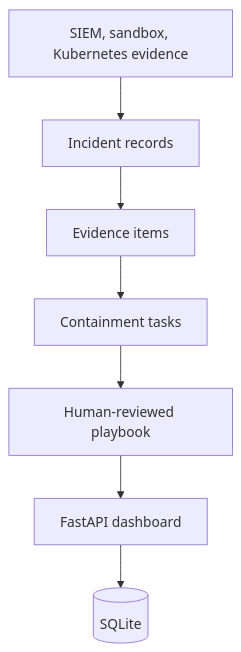
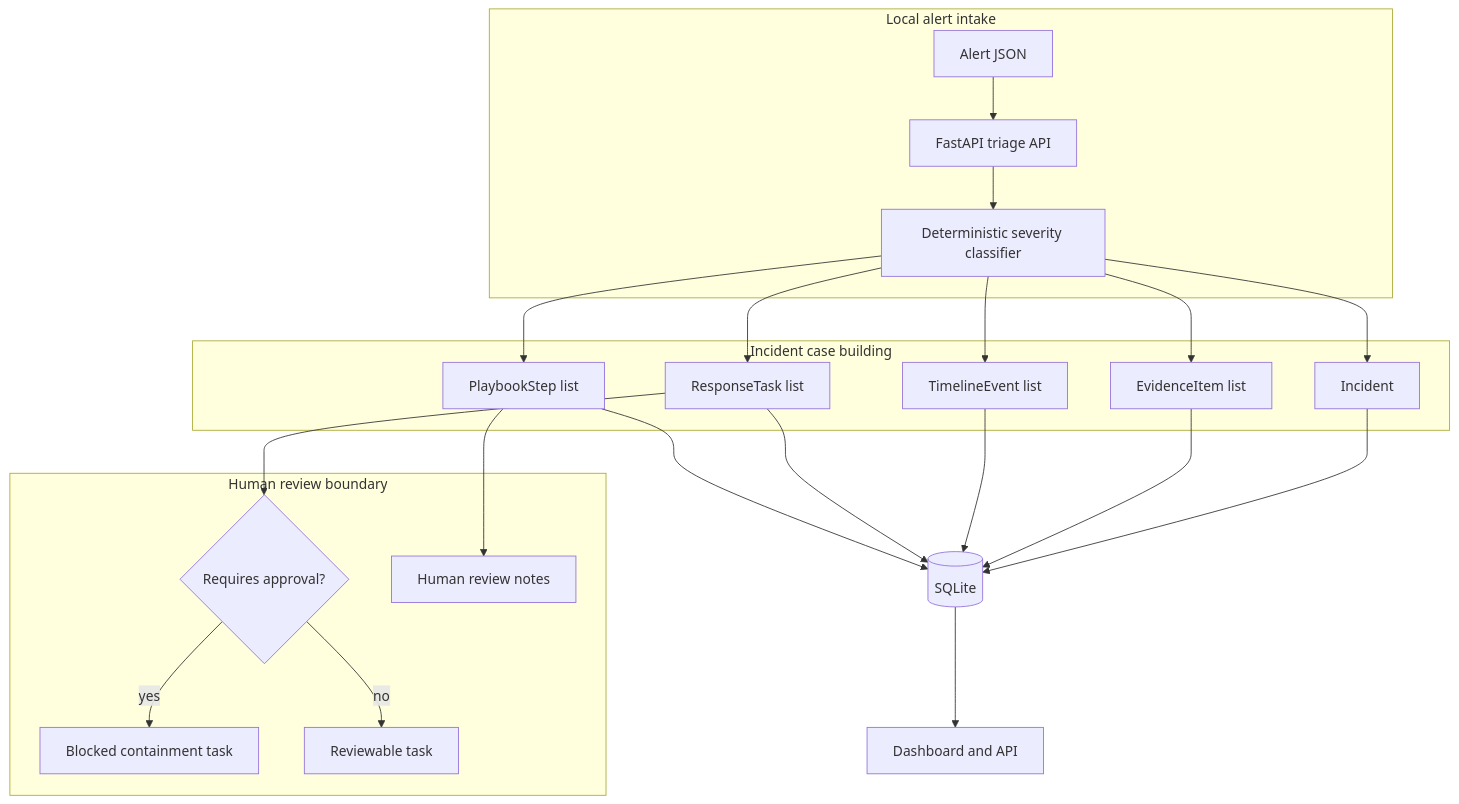
The diagram in README.md (lord-dubious/incident-response-copilot), drawn with Mermaid before and after one commit. The commit also changed other lines of this file and 2 other files, not shown here.

Commit message:
docs: explain incident triage flow

````diff
--- a/README.md
+++ b/README.md
@@ -7,9 +22,29 @@
 ```mermaid
 flowchart TB
-    Alerts[SIEM, sandbox, Kubernetes evidence] --> Incidents[Incident records]
-    Incidents --> Evidence[Evidence items]
-    Evidence --> Tasks[Containment tasks]
-    Tasks --> Playbook[Human-reviewed playbook]
-    Playbook --> UI[FastAPI dashboard]
-    UI --> DB[(SQLite)]
+    subgraph Intake[Local alert intake]
+        Alert[Alert JSON] --> API[FastAPI triage API]
+        API --> Classifier[Deterministic severity classifier]
+    end
+
+    subgraph CaseBuild[Incident case building]
+        Classifier --> Incident[Incident]
+        Classifier --> Evidence[EvidenceItem list]
+        Classifier --> Timeline[TimelineEvent list]
+        Classifier --> Tasks[ResponseTask list]
+        Classifier --> Playbook[PlaybookStep list]
+    end
+
+    subgraph Review[Human review boundary]
+        Tasks --> Approval{Requires approval?}
+        Approval -->|yes| Blocked[Blocked containment task]
+        Approval -->|no| Todo[Reviewable task]
+        Playbook --> Notes[Human review notes]
+    end
+
+    Incident --> Store[(SQLite)]
+    Evidence --> Store
+    Timeline --> Store
+    Tasks --> Store
+    Playbook --> Store
+    Store --> Dashboard[Dashboard and API]
 ```
````
